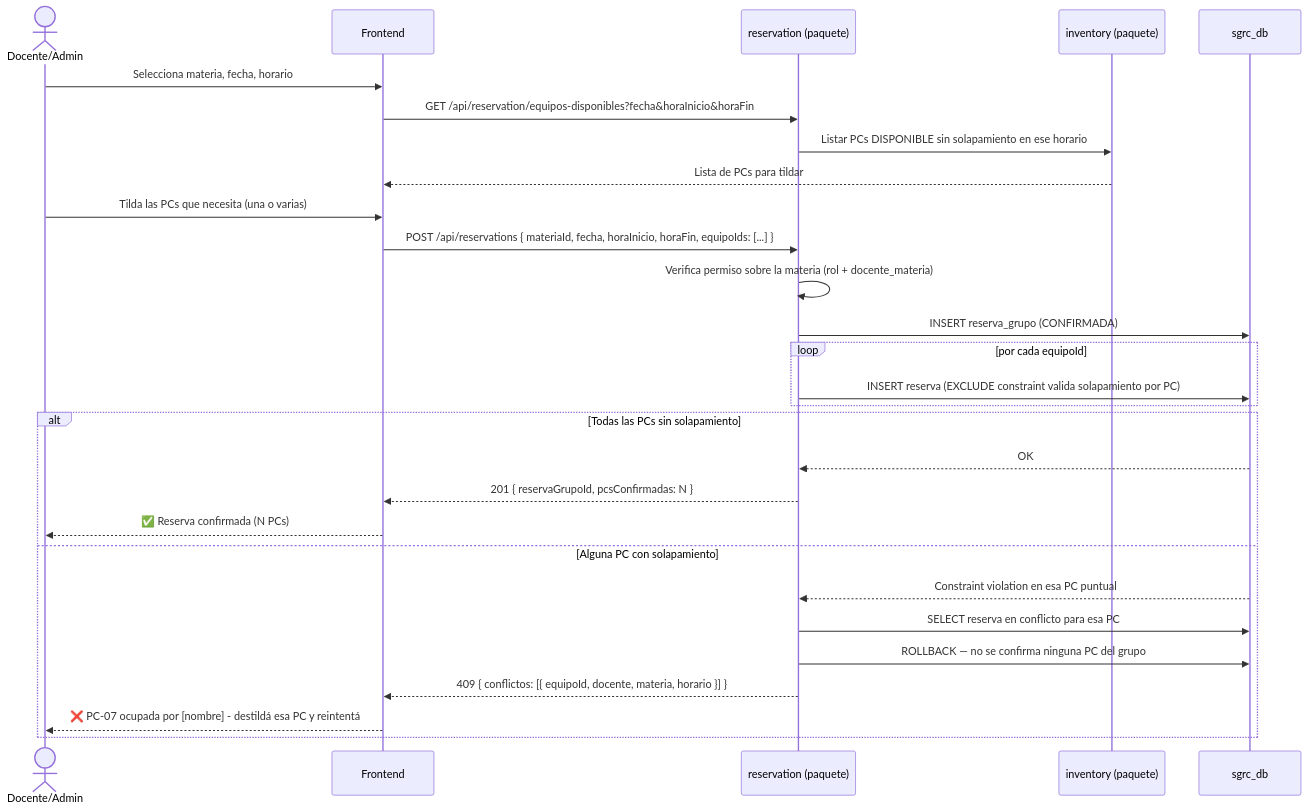
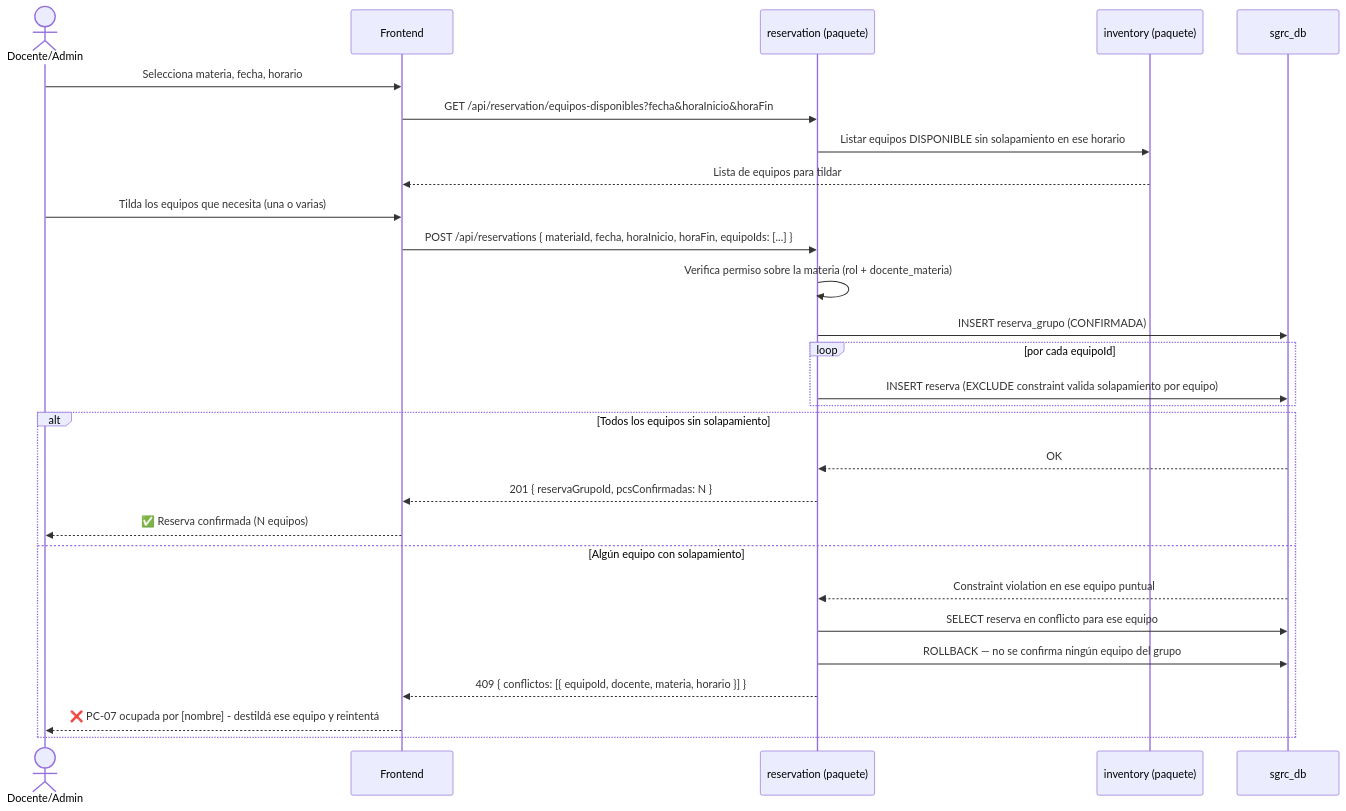
One commit to agustin-y2k/sgrc changed the third of 13 diagrams in docs/04-diagramas-secuencia.md. Above: the diagram before and after it, drawn with Mermaid. The commit also changed other lines of this file and 81 other files, not shown here.

````diff
--- a/docs/04-diagramas-secuencia.md
+++ b/docs/04-diagramas-secuencia.md
@@ -92,31 +92,31 @@
 ```mermaid
 sequenceDiagram
     actor U as Docente/Admin
     participant FE as Frontend
     participant RES as reservation (paquete)
     participant INV as inventory (paquete)
     participant DB as sgrc_db
 
     U->>FE: Selecciona materia, fecha, horario
     FE->>RES: GET /api/reservation/equipos-disponibles?fecha&horaInicio&horaFin
-    RES->>INV: Listar PCs DISPONIBLE sin solapamiento en ese horario
-    INV-->>FE: Lista de PCs para tildar
-    U->>FE: Tilda las PCs que necesita (una o varias)
+    RES->>INV: Listar equipos DISPONIBLE sin solapamiento en ese horario
+    INV-->>FE: Lista de equipos para tildar
+    U->>FE: Tilda los equipos que necesita (una o varias)
     FE->>RES: POST /api/reservations { materiaId, fecha, horaInicio, horaFin, equipoIds: [...] }
     RES->>RES: Verifica permiso sobre la materia (rol + docente_materia)
     RES->>DB: INSERT reserva_grupo (CONFIRMADA)
     loop por cada equipoId
-        RES->>DB: INSERT reserva (EXCLUDE constraint valida solapamiento por PC)
+        RES->>DB: INSERT reserva (EXCLUDE constraint valida solapamiento por equipo)
     end
-    alt Todas las PCs sin solapamiento
+    alt Todos los equipos sin solapamiento
         DB-->>RES: OK
         RES-->>FE: 201 { reservaGrupoId, pcsConfirmadas: N }
-        FE-->>U: ✅ Reserva confirmada (N PCs)
-    else Alguna PC con solapamiento
-        DB-->>RES: Constraint violation en esa PC puntual
-        RES->>DB: SELECT reserva en conflicto para esa PC
-        RES->>DB: ROLLBACK — no se confirma ninguna PC del grupo
+        FE-->>U: ✅ Reserva confirmada (N equipos)
+    else Algún equipo con solapamiento
+        DB-->>RES: Constraint violation en ese equipo puntual
+        RES->>DB: SELECT reserva en conflicto para ese equipo
+        RES->>DB: ROLLBACK — no se confirma ningún equipo del grupo
         RES-->>FE: 409 { conflictos: [{ equipoId, docente, materia, horario }] }
-        FE-->>U: ❌ PC-07 ocupada por [nombre] - destildá esa PC y reintentá
+        FE-->>U: ❌ PC-07 ocupada por [nombre] - destildá ese equipo y reintentá
     end
 ```
````
